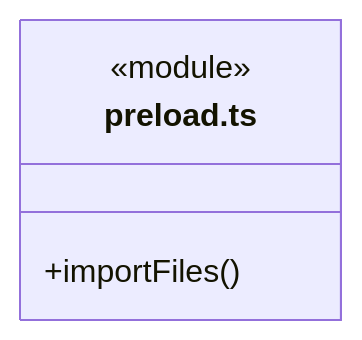
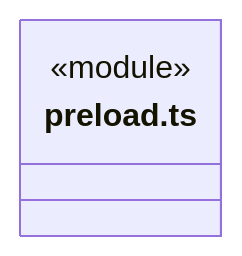
The diagram in src/bridge/preload/ARCHITECTURE.md (nan023062/cbim), drawn with Mermaid before and after one commit. The commit also changed 240 other files, not shown here.

````diff
--- a/src/bridge/preload/ARCHITECTURE.md
+++ b/src/bridge/preload/ARCHITECTURE.md
@@ -19,7 +19,6 @@
 ```mermaid
 classDiagram
 class N_src_bridge_preload_preload_ts["preload.ts"] {
   <<module>>
-  +importFiles()
 }
 ```
````
